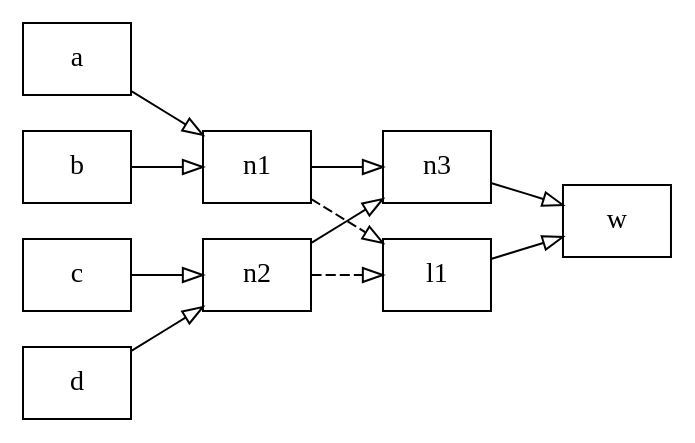
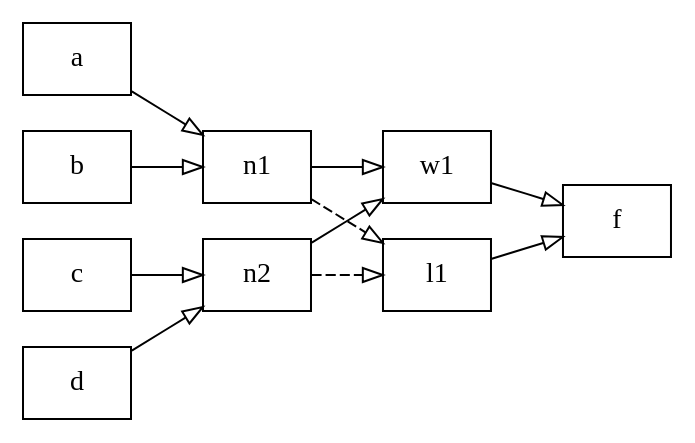
The diagram in double-elim.dot (computations/phylourny-paper), drawn with Graphviz before and after one commit. The commit also changed 5 other files, not shown here.

```diff
--- a/double-elim.dot
+++ b/double-elim.dot
@@ -1,28 +1,28 @@
 digraph {
 splines=polyline
 rankdir="LR";
 
 node[
 shape=box
 ];
 
 edge [
 arrowhead=onormal
 ];
 
 a -> n1;
 b -> n1;
 
 c -> n2;
 d -> n2;
 
-n2 -> n3;
-n1 -> n3;
+n2 -> w1;
+n1 -> w1;
 
 n1 -> l1 [style=dashed];
 n2 -> l1 [style=dashed];
 
-n3 -> w;
-l1 -> w;
+w1 -> f;
+l1 -> f;
 
 }
```
